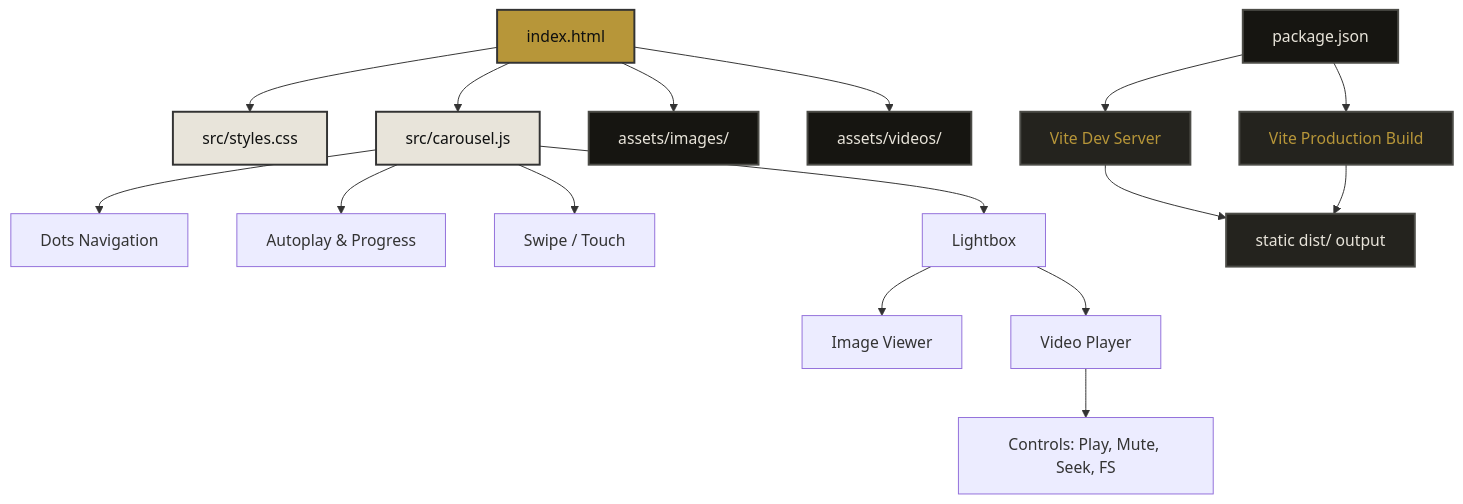
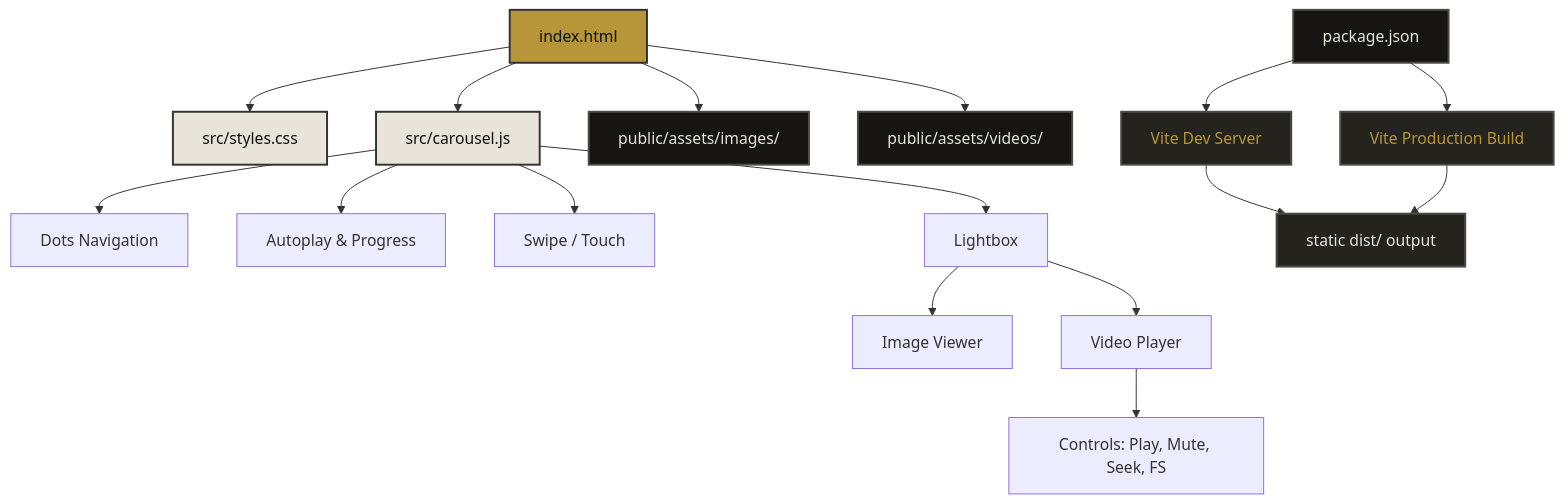
One commit to diego-abuv/poggers-skate-crew changed the diagram in README.md. Above: the diagram before and after it, drawn with Mermaid. The commit also changed 37 other files, not shown here.

First line of the commit message:
feat: performance — WebP, lazy-load videos, Vite public structure

````diff
--- a/README.md
+++ b/README.md
@@ -61,27 +61,27 @@
 ```mermaid
 graph TD
     A[index.html] --> B[src/styles.css]
     A --> C[src/carousel.js]
     C --> D[Dots Navigation]
     C --> E[Autoplay & Progress]
     C --> F[Swipe / Touch]
     C --> G[Lightbox]
     G --> H[Image Viewer]
     G --> I[Video Player]
     I --> J[Controls: Play, Mute, Seek, FS]
-    A --> K[assets/images/]
-    A --> L[assets/videos/]
+    A --> K[public/assets/images/]
+    A --> L[public/assets/videos/]
     M[package.json] --> N[Vite Dev Server]
     M --> O[Vite Production Build]
     N & O --> P[static dist/ output]
 
     style A fill:#B79639,stroke:#333,stroke-width:2px,color:#0F1010
     style B fill:#E8E4DA,stroke:#333,stroke-width:2px,color:#0F1010
     style C fill:#E8E4DA,stroke:#333,stroke-width:2px,color:#0F1010
     style K fill:#161511,stroke:#4C4C47,stroke-width:2px,color:#E8E4DA
     style L fill:#161511,stroke:#4C4C47,stroke-width:2px,color:#E8E4DA
     style M fill:#161511,stroke:#4C4C47,stroke-width:2px,color:#E8E4DA
     style N fill:#24231E,stroke:#4C4C47,stroke-width:2px,color:#B79639
     style O fill:#24231E,stroke:#4C4C47,stroke-width:2px,color:#B79639
     style P fill:#24231E,stroke:#4C4C47,stroke-width:2px,color:#E8E4DA
 ```
````
